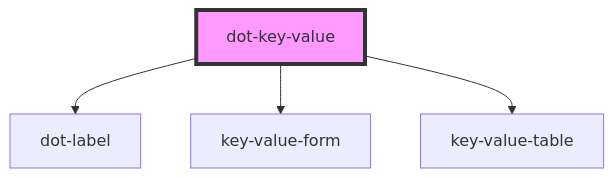
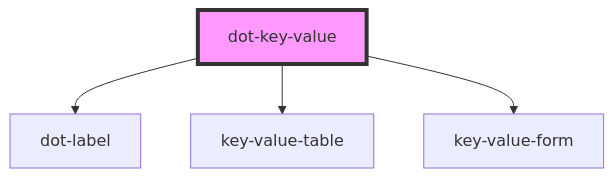
The diagram in libs/dotcms-webcomponents/src/components/contenttypes-fields/dot-key-value/readme.md (dotCMS/core), drawn with Mermaid before and after one commit. The commit also changed other lines of this file and 6 other files, not shown here.

Commit message:
dotCMS/core#19562 fix dot-key-value-should-hide-form-and-delete-button-when-disabled (#1952)

````diff
--- a/libs/dotcms-webcomponents/src/components/contenttypes-fields/dot-key-value/readme.md
+++ b/libs/dotcms-webcomponents/src/components/contenttypes-fields/dot-key-value/readme.md
@@ -61,7 +61,7 @@
 ```mermaid
 graph TD;
   dot-key-value --> dot-label
+  dot-key-value --> key-value-table
   dot-key-value --> key-value-form
-  dot-key-value --> key-value-table
   style dot-key-value fill:#f9f,stroke:#333,stroke-width:4px
 ```
````
